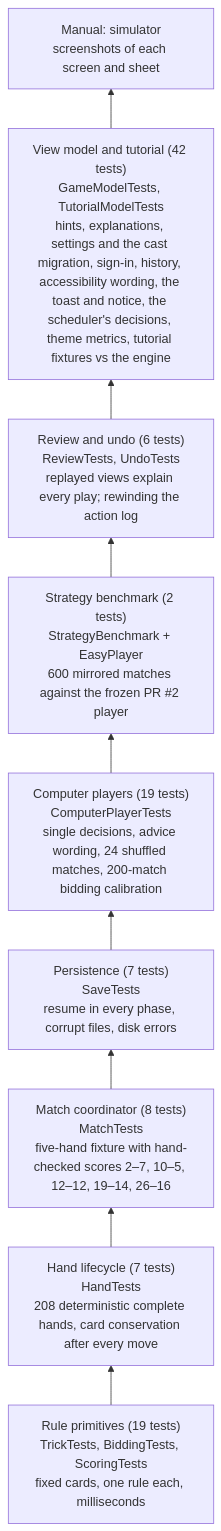
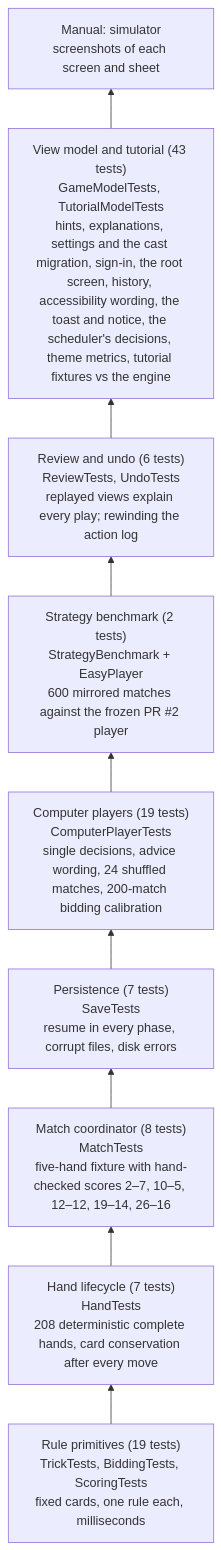
One commit to cmurphy1140/catch-5 changed the first of 2 diagrams in docs/testing.md. Above: the diagram before and after it, drawn with Mermaid. The commit also changed other lines of this file and 11 other files, not shown here.

````diff
--- a/docs/testing.md
+++ b/docs/testing.md
@@ -40,13 +40,13 @@
 ```mermaid
 flowchart BT
     L1["Rule primitives (19 tests)<br/>TrickTests, BiddingTests, ScoringTests<br/>fixed cards, one rule each, milliseconds"]
     L2["Hand lifecycle (7 tests)<br/>HandTests<br/>208 deterministic complete hands, card conservation after every move"]
     L3["Match coordinator (8 tests)<br/>MatchTests<br/>five-hand fixture with hand-checked scores 2–7, 10–5, 12–12, 19–14, 26–16"]
     L4["Persistence (7 tests)<br/>SaveTests<br/>resume in every phase, corrupt files, disk errors"]
     L5["Computer players (19 tests)<br/>ComputerPlayerTests<br/>single decisions, advice wording, 24 shuffled matches, 200-match bidding calibration"]
     L5b["Strategy benchmark (2 tests)<br/>StrategyBenchmark + EasyPlayer<br/>600 mirrored matches against the frozen PR #2 player"]
     L5c["Review and undo (6 tests)<br/>ReviewTests, UndoTests<br/>replayed views explain every play; rewinding the action log"]
-    L6["View model and tutorial (42 tests)<br/>GameModelTests, TutorialModelTests<br/>hints, explanations, settings and the cast migration, sign-in, history, accessibility wording, the toast and notice, the scheduler's decisions, theme metrics, tutorial fixtures vs the engine"]
+    L6["View model and tutorial (43 tests)<br/>GameModelTests, TutorialModelTests<br/>hints, explanations, settings and the cast migration, sign-in, the root screen, history, accessibility wording, the toast and notice, the scheduler's decisions, theme metrics, tutorial fixtures vs the engine"]
     L7["Manual: simulator<br/>screenshots of each screen and sheet"]
     L1 --> L2 --> L3 --> L4 --> L5 --> L5b --> L5c --> L6 --> L7
 ```
````
